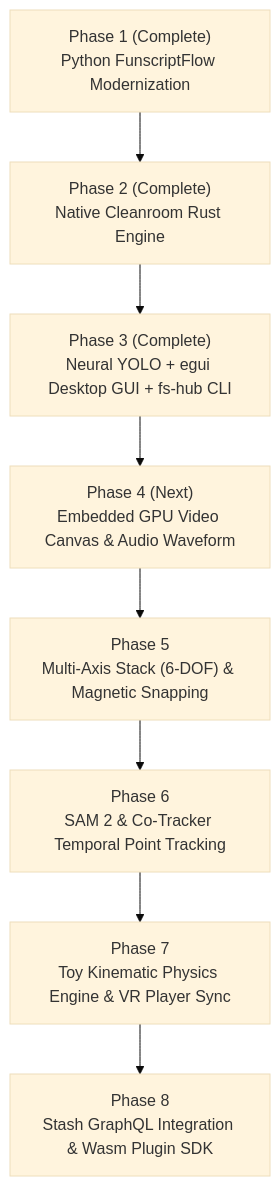
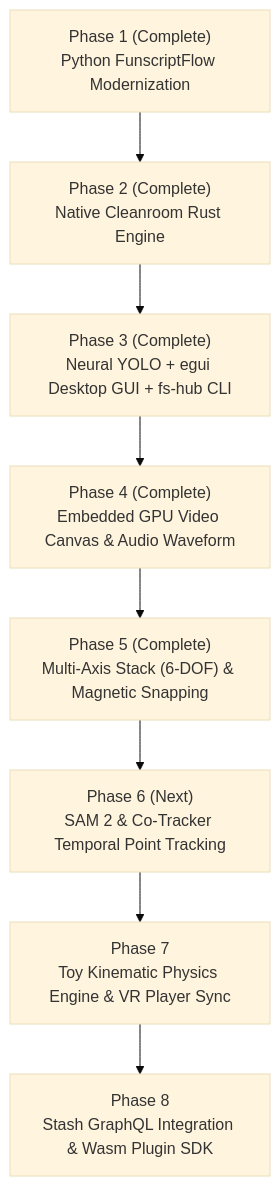
One commit to gamerman420691337-arch/pulsar-fs changed the diagram in MASTER_ROADMAP.md. Above: the diagram before and after it, drawn with Mermaid (base theme). The commit also changed other lines of this file and 4 other files, not shown here.

Commit message:
feat: Phase 5 complete - multi-axis 6-DOF timeline, magnetic audio snapping, and infill generators

````diff
--- a/MASTER_ROADMAP.md
+++ b/MASTER_ROADMAP.md
@@ -127,10 +127,10 @@
 ```mermaid
 graph TD
     P1["Phase 1 (Complete)<br/>Python FunscriptFlow Modernization"] --> P2["Phase 2 (Complete)<br/>Native Cleanroom Rust Engine"]
     P2 --> P3["Phase 3 (Complete)<br/>Neural YOLO + egui Desktop GUI + fs-hub CLI"]
-    P3 --> P4["Phase 4 (Next)<br/>Embedded GPU Video Canvas & Audio Waveform"]
-    P4 --> P5["Phase 5<br/>Multi-Axis Stack (6-DOF) & Magnetic Snapping"]
-    P5 --> P6["Phase 6<br/>SAM 2 & Co-Tracker Temporal Point Tracking"]
+    P3 --> P4["Phase 4 (Complete)<br/>Embedded GPU Video Canvas & Audio Waveform"]
+    P4 --> P5["Phase 5 (Complete)<br/>Multi-Axis Stack (6-DOF) & Magnetic Snapping"]
+    P5 --> P6["Phase 6 (Next)<br/>SAM 2 & Co-Tracker Temporal Point Tracking"]
     P6 --> P7["Phase 7<br/>Toy Kinematic Physics Engine & VR Player Sync"]
     P7 --> P8["Phase 8<br/>Stash GraphQL Integration & Wasm Plugin SDK"]
 ```
````
